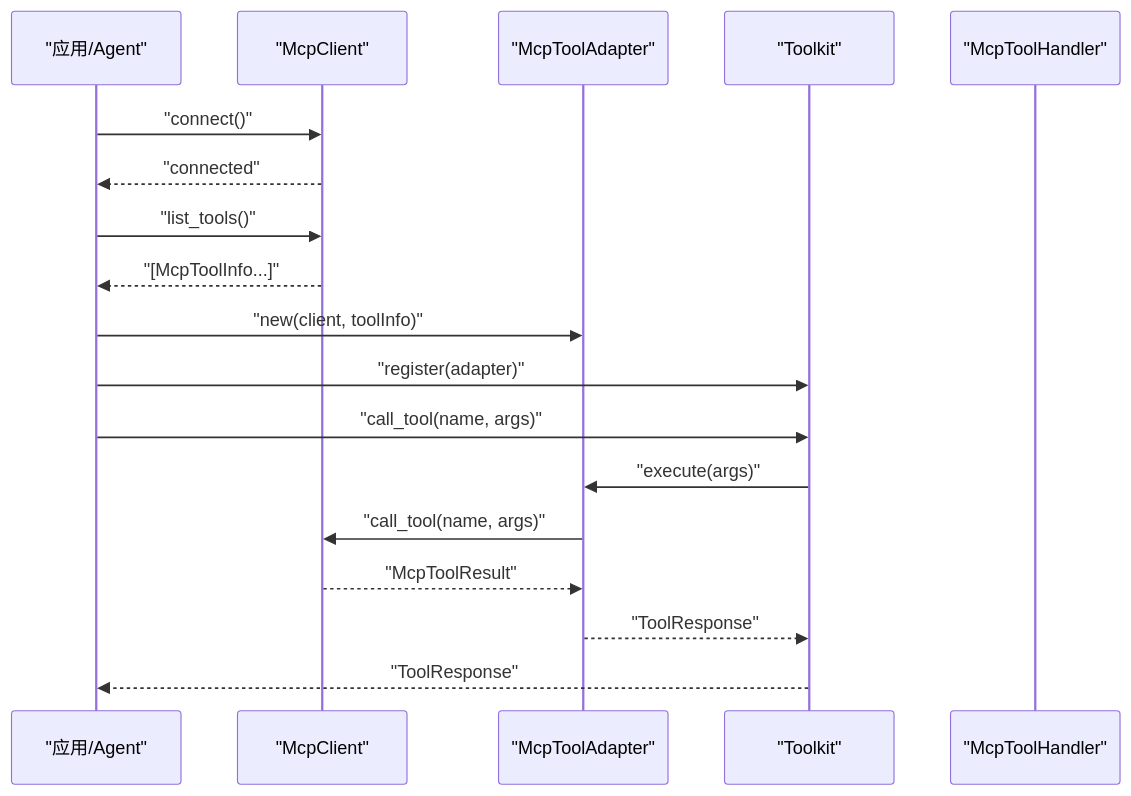
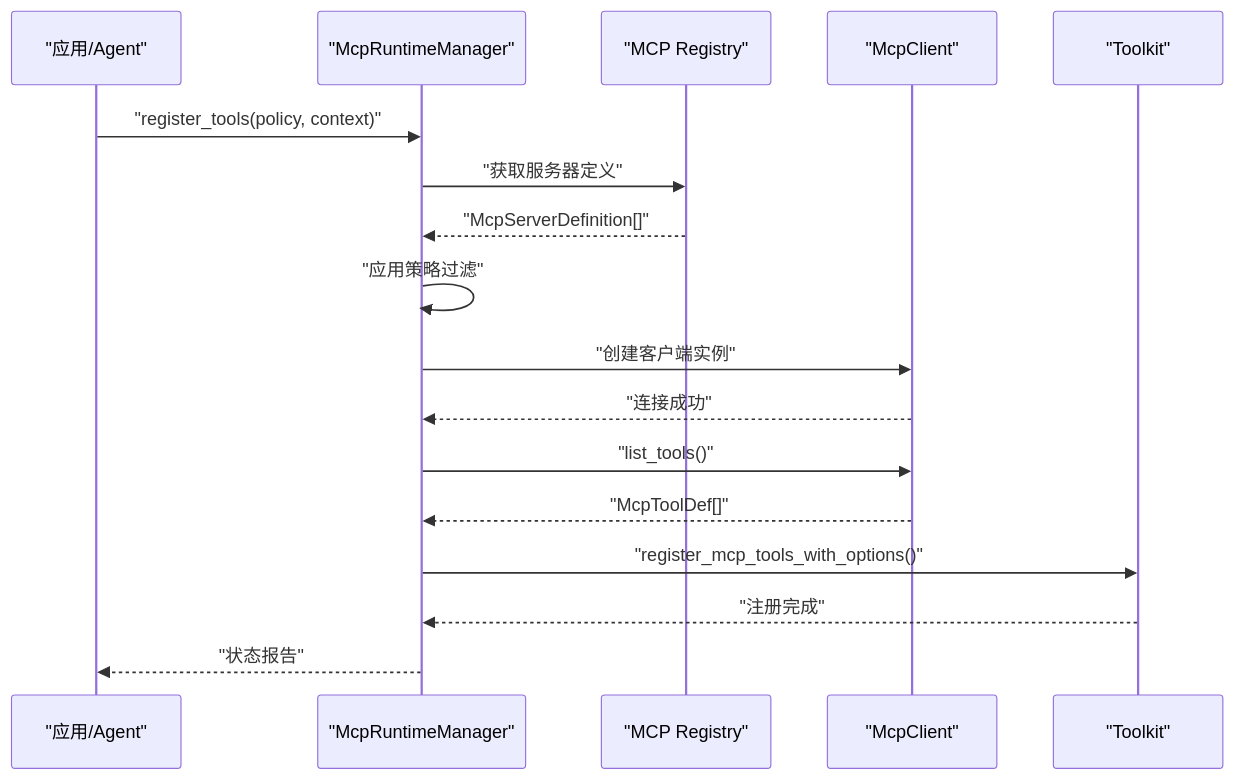
The fourth of 7 diagrams in .qoder/repowiki/zh/content/扩展开发/扩展开发.md (ixiejun/macaca), drawn with Mermaid before and after one commit. The commit also changed other lines of this file and 49 other files, not shown here.

````diff
--- a/.qoder/repowiki/zh/content/扩展开发/扩展开发.md
+++ b/.qoder/repowiki/zh/content/扩展开发/扩展开发.md
@@ -205,20 +237,19 @@
 ```mermaid
 sequenceDiagram
 participant App as "应用/Agent"
+participant Runtime as "McpRuntimeManager"
+participant Registry as "MCP Registry"
 participant Client as "McpClient"
-participant Adapter as "McpToolAdapter"
 participant Toolkit as "Toolkit"
-participant Handler as "McpToolHandler"
-App->>Client : "connect()"
-Client-->>App : "connected"
-App->>Client : "list_tools()"
-Client-->>App : "[McpToolInfo...]"
-App->>Adapter : "new(client, toolInfo)"
-App->>Toolkit : "register(adapter)"
-App->>Toolkit : "call_tool(name, args)"
-Toolkit->>Adapter : "execute(args)"
-Adapter->>Client : "call_tool(name, args)"
-Client-->>Adapter : "McpToolResult"
-Adapter-->>Toolkit : "ToolResponse"
-Toolkit-->>App : "ToolResponse"
+App->>Runtime : "register_tools(policy, context)"
+Runtime->>Registry : "获取服务器定义"
+Registry-->>Runtime : "McpServerDefinition[]"
+Runtime->>Runtime : "应用策略过滤"
+Runtime->>Client : "创建客户端实例"
+Client-->>Runtime : "连接成功"
+Runtime->>Client : "list_tools()"
+Client-->>Runtime : "McpToolDef[]"
+Runtime->>Toolkit : "register_mcp_tools_with_options()"
+Toolkit-->>Runtime : "注册完成"
+Runtime-->>App : "状态报告"
 ```
````
